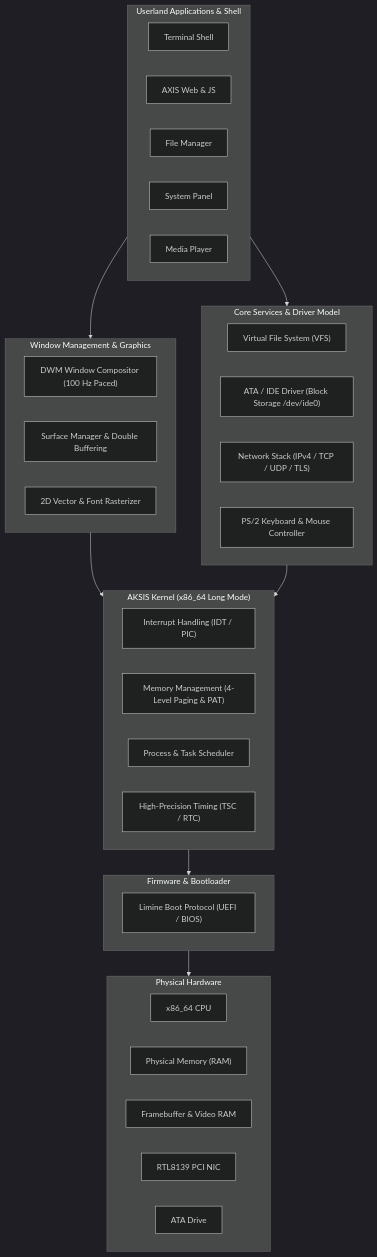
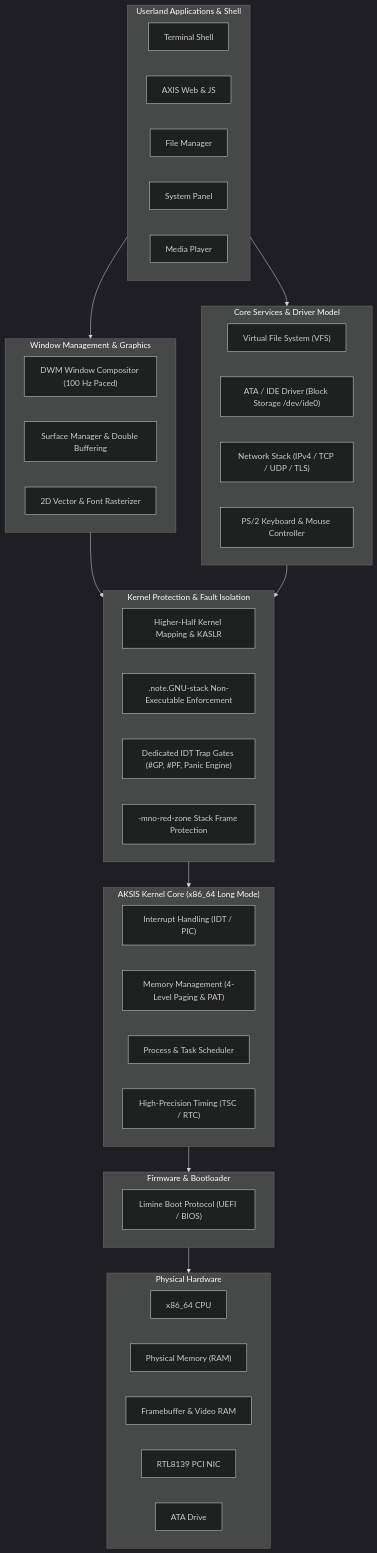
The first of 3 diagrams in README.md (aliyabuz25/AKSIS-OS), drawn with Mermaid (dark theme) before and after one commit. The commit also changed other lines of this file, not shown here.

Commit message:
docs: document kernel security, KASLR, NX, IDT traps, and fault isolation in README

````diff
--- a/README.md
+++ b/README.md
@@ -39,49 +41,57 @@
 ```mermaid
 graph TD
     subgraph Userland ["Userland Applications & Shell"]
         terminal["Terminal Shell"]
         web_app["AXIS Web & JS"]
         file_manager["File Manager"]
         system_mgr["System Panel"]
         media_player["Media Player"]
     end
 
     subgraph Composition ["Window Management & Graphics"]
         dwm["DWM Window Compositor (100 Hz Paced)"]
         surfaces["Surface Manager & Double Buffering"]
         gdi["2D Vector & Font Rasterizer"]
     end
 
     subgraph Subsystems ["Core Services & Driver Model"]
         vfs["Virtual File System (VFS)"]
         ata_driver["ATA / IDE Driver (Block Storage /dev/ide0)"]
         net_stack["Network Stack (IPv4 / TCP / UDP / TLS)"]
         ps2_driver["PS/2 Keyboard & Mouse Controller"]
     end
 
-    subgraph Kernel ["AKSIS Kernel (x86_64 Long Mode)"]
+    subgraph Protection ["Kernel Protection & Fault Isolation"]
+        kaslr["Higher-Half Kernel Mapping & KASLR"]
+        nx_stack[".note.GNU-stack Non-Executable Enforcement"]
+        traps["Dedicated IDT Trap Gates (#GP, #PF, Panic Engine)"]
+        redzone["-mno-red-zone Stack Frame Protection"]
+    end
+
+    subgraph Kernel ["AKSIS Kernel Core (x86_64 Long Mode)"]
         idt["Interrupt Handling (IDT / PIC)"]
         mmu["Memory Management (4-Level Paging & PAT)"]
         scheduler["Process & Task Scheduler"]
         timers["High-Precision Timing (TSC / RTC)"]
     end
 
     subgraph Boot ["Firmware & Bootloader"]
         limine["Limine Boot Protocol (UEFI / BIOS)"]
     end
 
     subgraph Hardware ["Physical Hardware"]
         cpu["x86_64 CPU"]
         ram["Physical Memory (RAM)"]
         gpu["Framebuffer & Video RAM"]
         nic["RTL8139 PCI NIC"]
         disk["ATA Drive"]
     end
 
     Userland --> Composition
     Userland --> Subsystems
-    Composition --> Kernel
-    Subsystems --> Kernel
+    Composition --> Protection
+    Subsystems --> Protection
+    Protection --> Kernel
     Kernel --> Boot
     Boot --> Hardware
 ```
````
